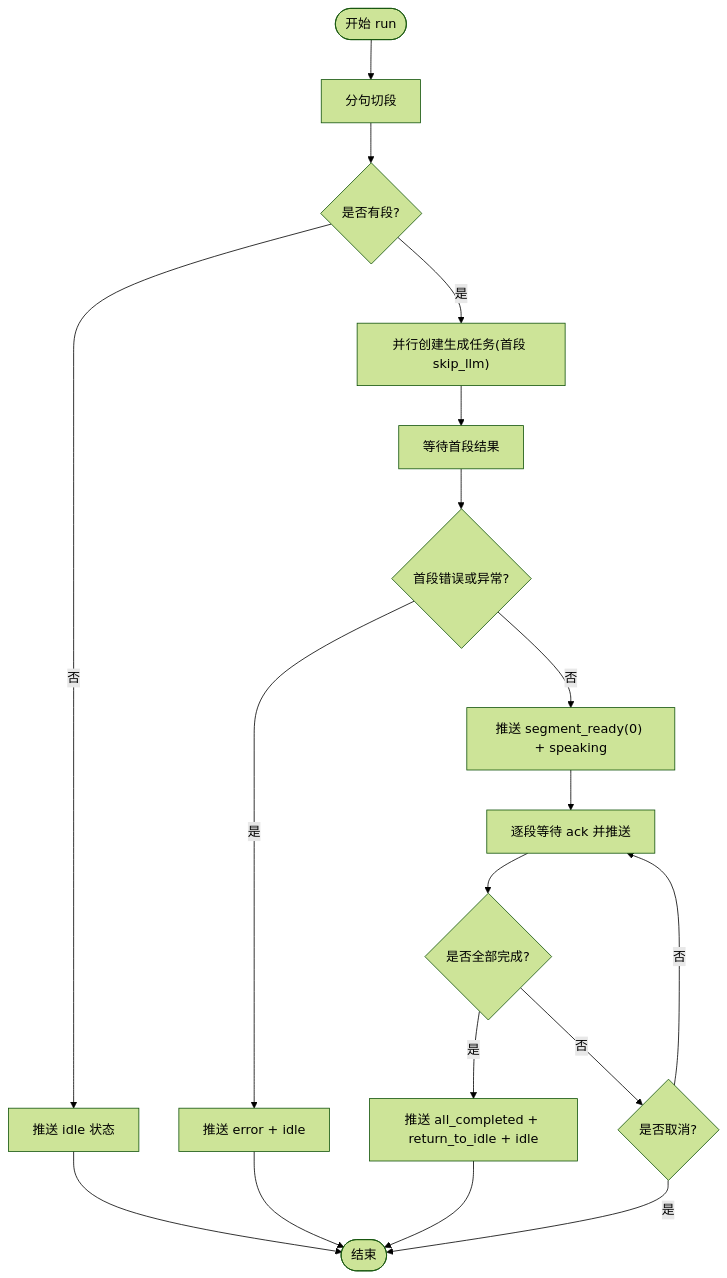
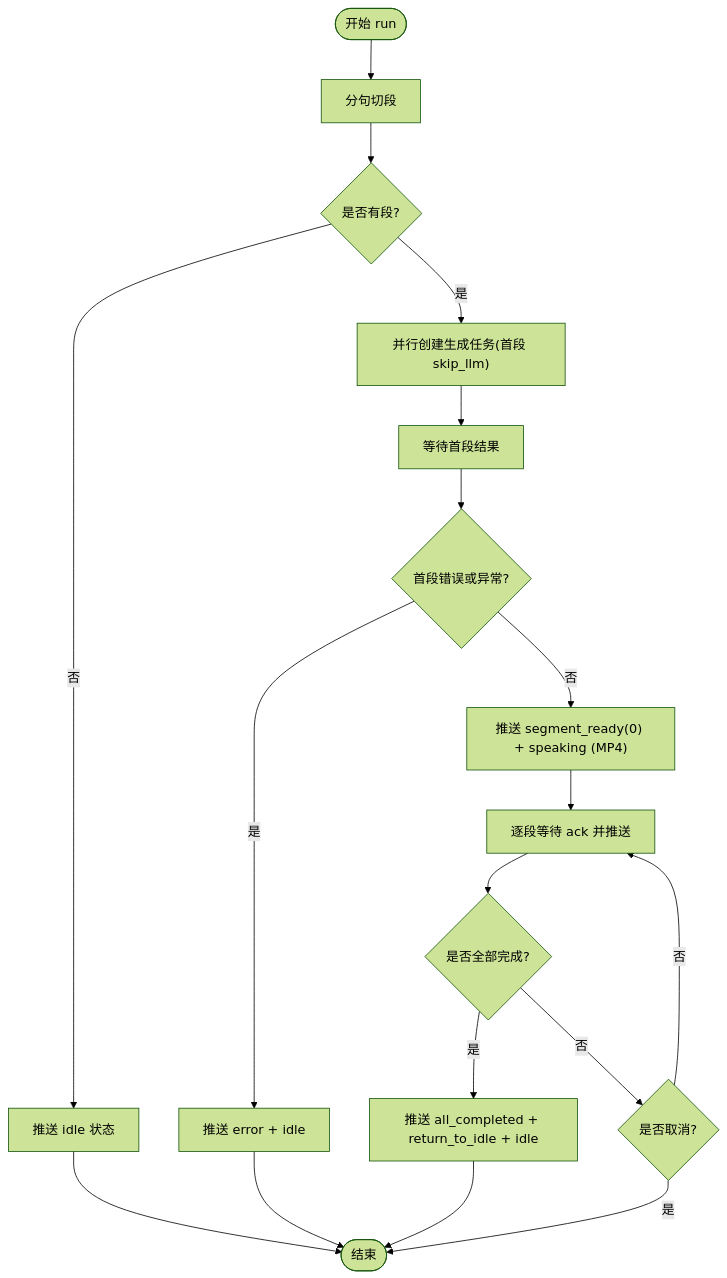
One commit to leo21cn/real-time-talk changed the third of 10 diagrams in .qoder/repowiki/zh/content/后端服务/多媒体处理流水线/多媒体处理流水线.md. Above: the diagram before and after it, drawn with Mermaid (forest theme). The commit also changed other lines of this file and 9 other files, not shown here.

````diff
--- a/.qoder/repowiki/zh/content/后端服务/多媒体处理流水线/多媒体处理流水线.md
+++ b/.qoder/repowiki/zh/content/后端服务/多媒体处理流水线/多媒体处理流水线.md
@@ -188,17 +224,17 @@
 ```mermaid
 flowchart TD
 Start(["开始 run"]) --> Split["分句切段"]
 Split --> Segs{"是否有段?"}
 Segs -- "否" --> Idle["推送 idle 状态"] --> End(["结束"])
 Segs -- "是" --> Tasks["并行创建生成任务(首段 skip_llm)"]
 Tasks --> First["等待首段结果"]
 First --> ErrFirst{"首段错误或异常?"}
 ErrFirst -- "是" --> PushErr["推送 error + idle"] --> End
-ErrFirst -- "否" --> PushSeg0["推送 segment_ready(0) + speaking"]
+ErrFirst -- "否" --> PushSeg0["推送 segment_ready(0) + speaking (MP4)"]
 PushSeg0 --> Loop["逐段等待 ack 并推送"]
 Loop --> Done{"是否全部完成?"}
 Done -- "是" --> AllDone["推送 all_completed + return_to_idle + idle"] --> End
 Done -- "否" --> Cancel{"是否取消?"}
 Cancel -- "是" --> End
 Cancel -- "否" --> Loop
 ```
````
